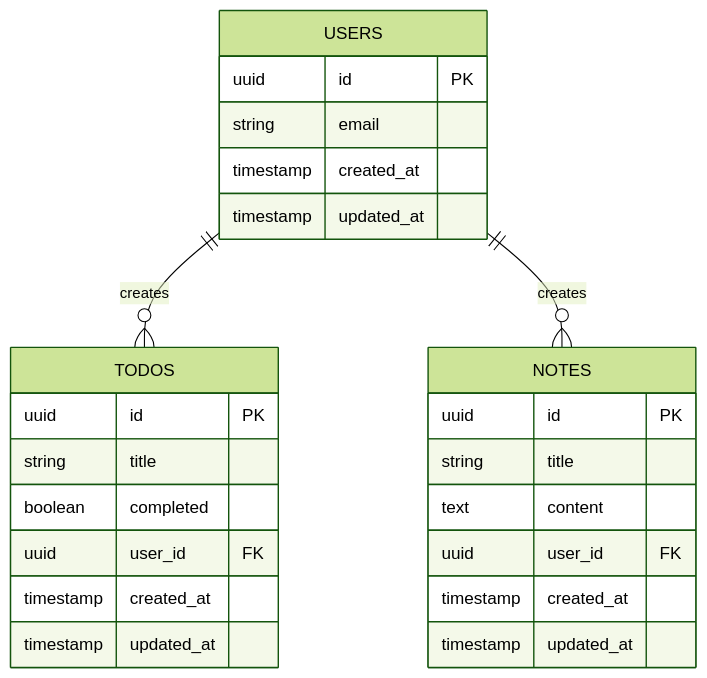
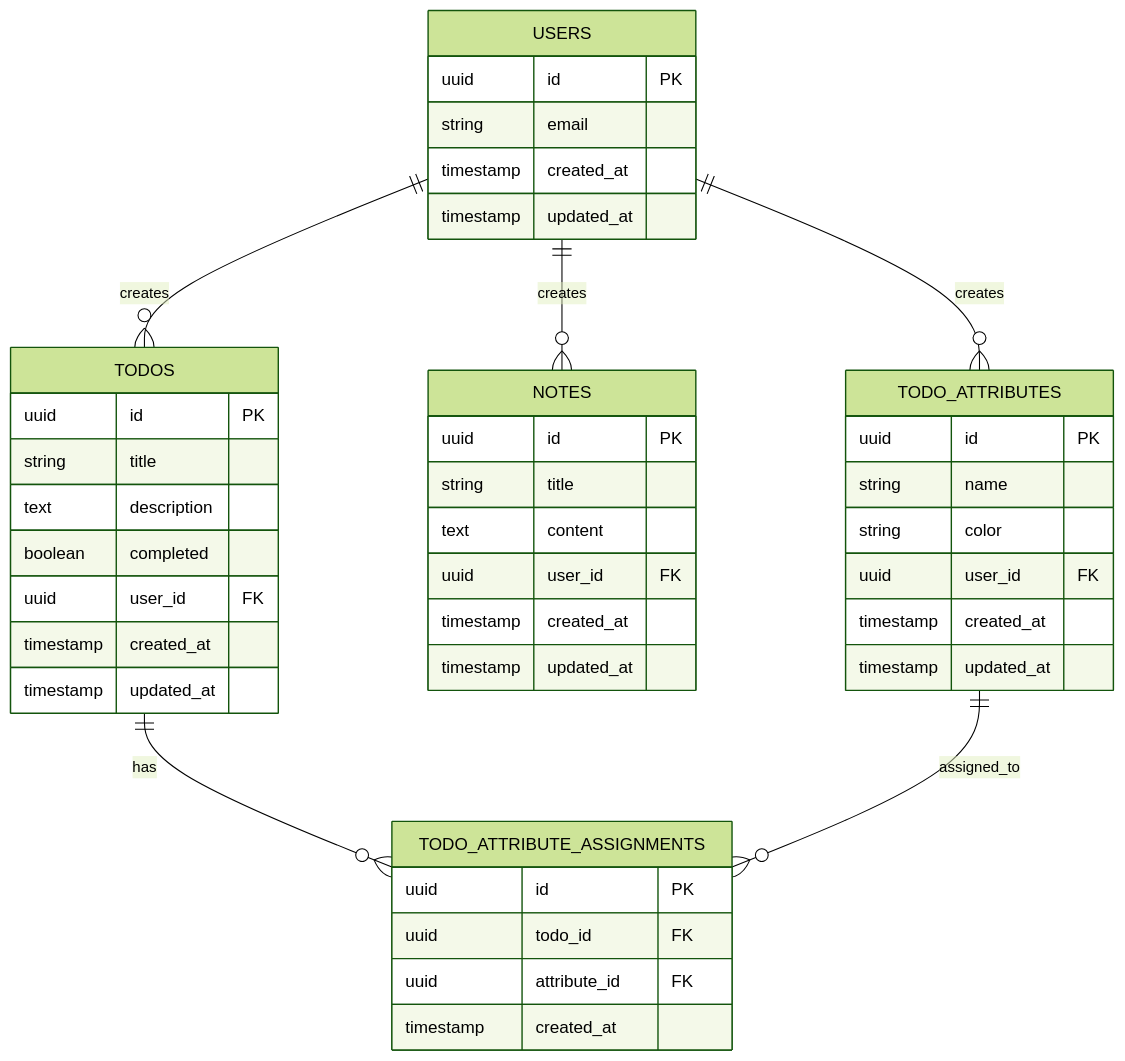
The second of 2 diagrams in .trae/documents/technical_architecture.md (sehor/todo-note), drawn with Mermaid (forest theme) before and after one commit. The commit also changed other lines of this file and 13 other files, not shown here.

````diff
--- a/.trae/documents/technical_architecture.md
+++ b/.trae/documents/technical_architecture.md
@@ -110,28 +155,46 @@
 ```mermaid
 erDiagram
   USERS ||--o{ TODOS : creates
   USERS ||--o{ NOTES : creates
+  USERS ||--o{ TODO_ATTRIBUTES : creates
+  TODOS ||--o{ TODO_ATTRIBUTE_ASSIGNMENTS : has
+  TODO_ATTRIBUTES ||--o{ TODO_ATTRIBUTE_ASSIGNMENTS : assigned_to
 
   USERS {
       uuid id PK
       string email
       timestamp created_at
       timestamp updated_at
   }
   TODOS {
       uuid id PK
       string title
+      text description
       boolean completed
       uuid user_id FK
       timestamp created_at
       timestamp updated_at
   }
   NOTES {
       uuid id PK
       string title
       text content
       uuid user_id FK
       timestamp created_at
       timestamp updated_at
   }
+  TODO_ATTRIBUTES {
+      uuid id PK
+      string name
+      string color
+      uuid user_id FK
+      timestamp created_at
+      timestamp updated_at
+  }
+  TODO_ATTRIBUTE_ASSIGNMENTS {
+      uuid id PK
+      uuid todo_id FK
+      uuid attribute_id FK
+      timestamp created_at
+  }
 ```
````
